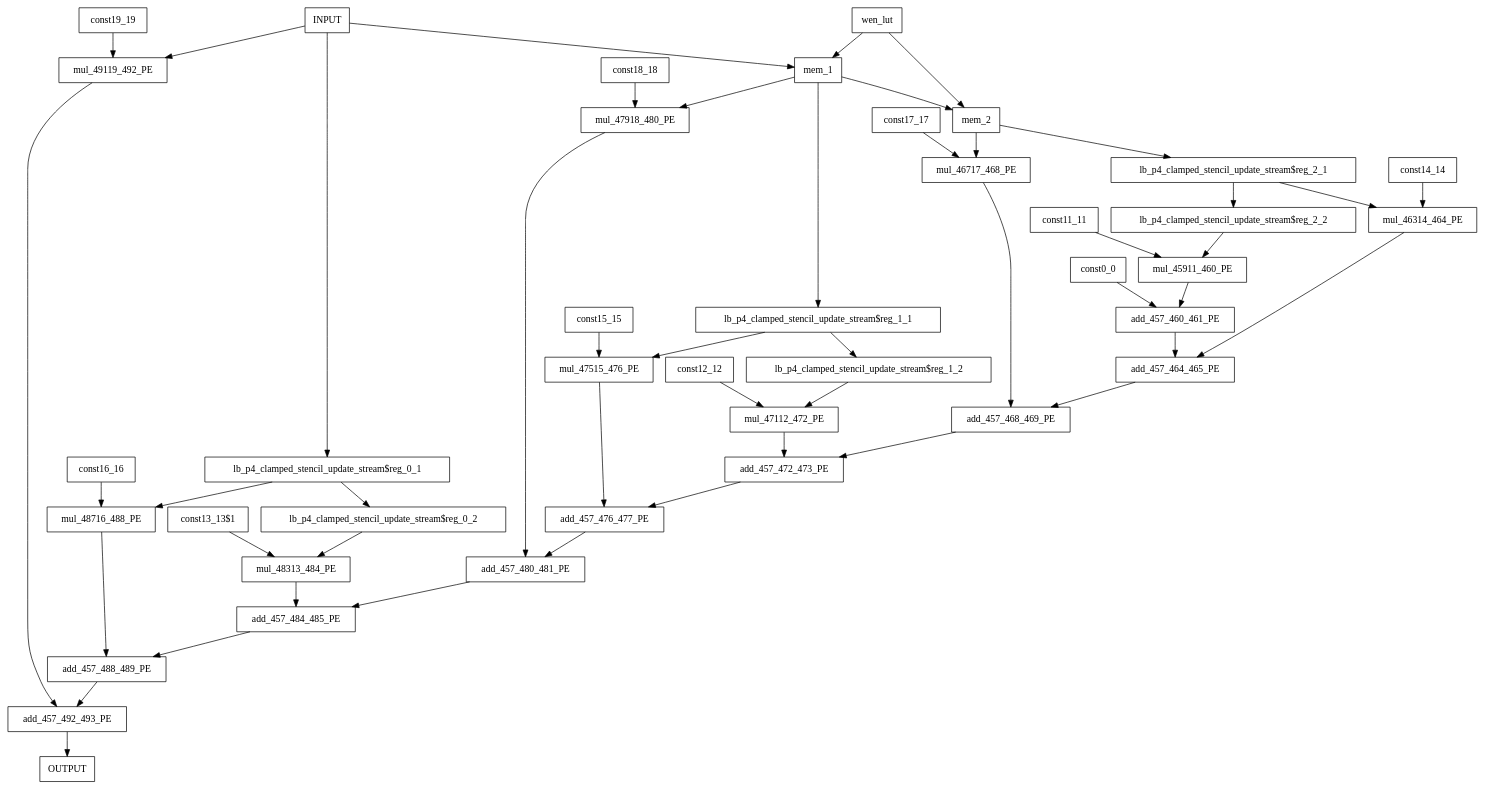
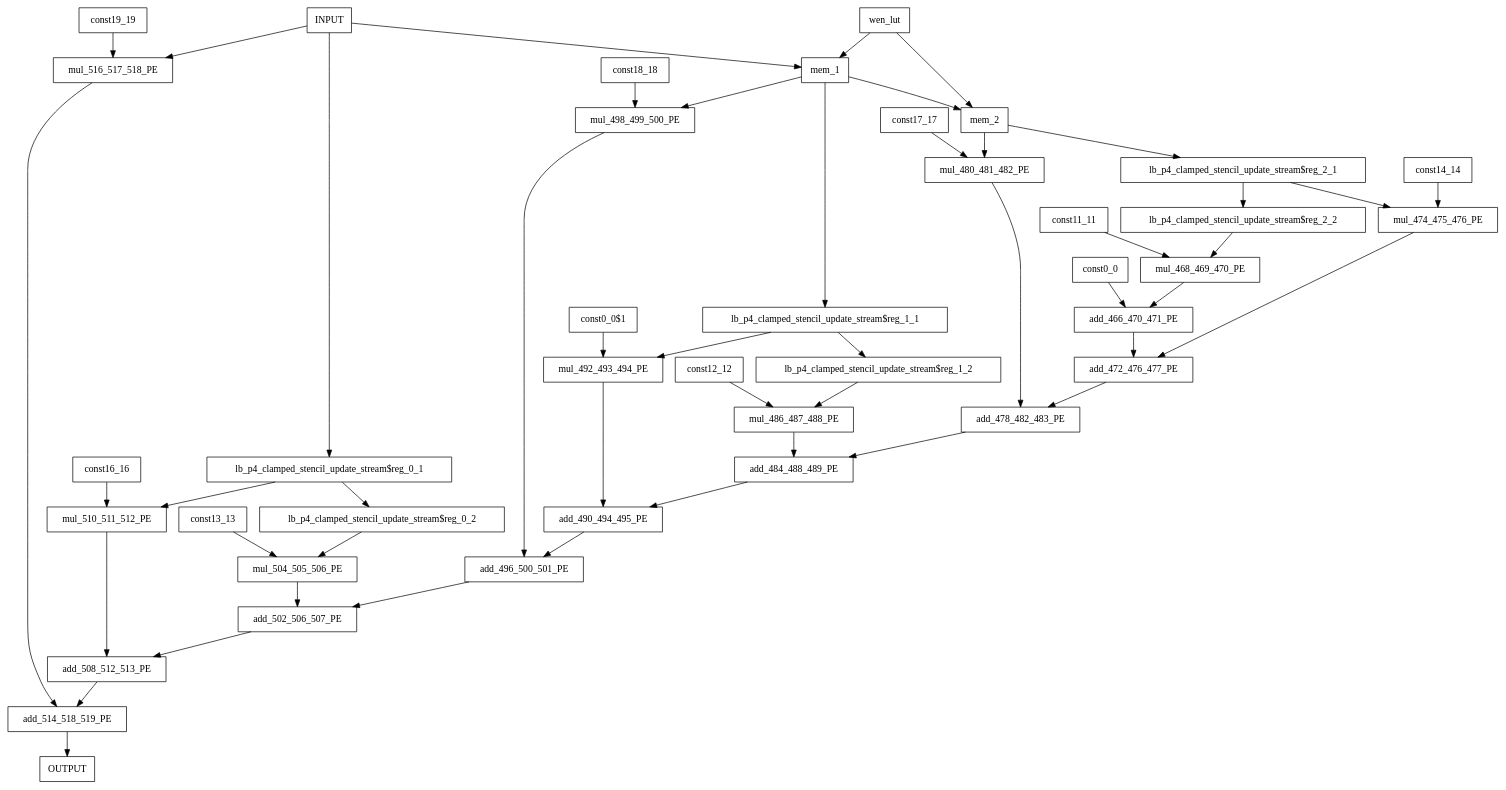
The diagram in bitstream/bsbuilder/testdir/examples/conv_bw_mapped.dot (makaimann/CGRAGenerator), drawn with Graphviz before and after one commit. The commit also changed 15 other files, not shown here.

```diff
--- a/bitstream/bsbuilder/testdir/examples/conv_bw_mapped.dot
+++ b/bitstream/bsbuilder/testdir/examples/conv_bw_mapped.dot
@@ -1,50 +1,50 @@
 digraph Diagram {
   node [shape=box]; # Comment
-    "const0_0" -> "add_457_460_461_PE";
-    "const11_11" -> "mul_45911_460_PE";
-    "const12_12" -> "mul_47112_472_PE";
-    "const13_13$1" -> "mul_48313_484_PE";
-    "const14_14" -> "mul_46314_464_PE";
-    "const15_15" -> "mul_47515_476_PE";
-    "const16_16" -> "mul_48716_488_PE";
-    "const17_17" -> "mul_46717_468_PE";
-    "const18_18" -> "mul_47918_480_PE";
-    "const19_19" -> "mul_49119_492_PE";
-    "add_457_492_493_PE" -> "OUTPUT";
+    "const0_0" -> "add_466_470_471_PE";
+    "const0_0$1" -> "mul_492_493_494_PE";
+    "const11_11" -> "mul_468_469_470_PE";
+    "const12_12" -> "mul_486_487_488_PE";
+    "const13_13" -> "mul_504_505_506_PE";
+    "const14_14" -> "mul_474_475_476_PE";
+    "const16_16" -> "mul_510_511_512_PE";
+    "const17_17" -> "mul_480_481_482_PE";
+    "const18_18" -> "mul_498_499_500_PE";
+    "const19_19" -> "mul_516_517_518_PE";
+    "add_514_518_519_PE" -> "OUTPUT";
     "INPUT" -> "mem_1"; # fifo_depth 64
     "INPUT" -> "lb_p4_clamped_stencil_update_stream$reg_0_1";
-    "INPUT" -> "mul_49119_492_PE";
+    "INPUT" -> "mul_516_517_518_PE";
     "mem_1" -> "mem_2"; # fifo_depth 64
     "mem_1" -> "lb_p4_clamped_stencil_update_stream$reg_1_1";
-    "mem_1" -> "mul_47918_480_PE";
+    "mem_1" -> "mul_498_499_500_PE";
     "wen_lut" -> "mem_1";
     "mem_2" -> "lb_p4_clamped_stencil_update_stream$reg_2_1";
-    "mem_2" -> "mul_46717_468_PE";
+    "mem_2" -> "mul_480_481_482_PE";
     "wen_lut" -> "mem_2";
     "lb_p4_clamped_stencil_update_stream$reg_0_1" -> "lb_p4_clamped_stencil_update_stream$reg_0_2";
-    "lb_p4_clamped_stencil_update_stream$reg_0_1" -> "mul_48716_488_PE";
-    "lb_p4_clamped_stencil_update_stream$reg_0_2" -> "mul_48313_484_PE";
+    "lb_p4_clamped_stencil_update_stream$reg_0_1" -> "mul_510_511_512_PE";
+    "lb_p4_clamped_stencil_update_stream$reg_0_2" -> "mul_504_505_506_PE";
     "lb_p4_clamped_stencil_update_stream$reg_1_1" -> "lb_p4_clamped_stencil_update_stream$reg_1_2";
-    "lb_p4_clamped_stencil_update_stream$reg_1_1" -> "mul_47515_476_PE";
-    "lb_p4_clamped_stencil_update_stream$reg_1_2" -> "mul_47112_472_PE";
+    "lb_p4_clamped_stencil_update_stream$reg_1_1" -> "mul_492_493_494_PE";
+    "lb_p4_clamped_stencil_update_stream$reg_1_2" -> "mul_486_487_488_PE";
     "lb_p4_clamped_stencil_update_stream$reg_2_1" -> "lb_p4_clamped_stencil_update_stream$reg_2_2";
-    "lb_p4_clamped_stencil_update_stream$reg_2_1" -> "mul_46314_464_PE";
-    "lb_p4_clamped_stencil_update_stream$reg_2_2" -> "mul_45911_460_PE";
-    "add_457_460_461_PE" -> "add_457_464_465_PE";
-    "add_457_464_465_PE" -> "add_457_468_469_PE";
-    "add_457_468_469_PE" -> "add_457_472_473_PE";
-    "add_457_472_473_PE" -> "add_457_476_477_PE";
-    "add_457_476_477_PE" -> "add_457_480_481_PE";
-    "add_457_480_481_PE" -> "add_457_484_485_PE";
-    "add_457_484_485_PE" -> "add_457_488_489_PE";
-    "add_457_488_489_PE" -> "add_457_492_493_PE";
-    "mul_45911_460_PE" -> "add_457_460_461_PE";
-    "mul_46314_464_PE" -> "add_457_464_465_PE";
-    "mul_46717_468_PE" -> "add_457_468_469_PE";
-    "mul_47112_472_PE" -> "add_457_472_473_PE";
-    "mul_47515_476_PE" -> "add_457_476_477_PE";
-    "mul_47918_480_PE" -> "add_457_480_481_PE";
-    "mul_48313_484_PE" -> "add_457_484_485_PE";
-    "mul_48716_488_PE" -> "add_457_488_489_PE";
-    "mul_49119_492_PE" -> "add_457_492_493_PE";
+    "lb_p4_clamped_stencil_update_stream$reg_2_1" -> "mul_474_475_476_PE";
+    "lb_p4_clamped_stencil_update_stream$reg_2_2" -> "mul_468_469_470_PE";
+    "add_466_470_471_PE" -> "add_472_476_477_PE";
+    "add_472_476_477_PE" -> "add_478_482_483_PE";
+    "add_478_482_483_PE" -> "add_484_488_489_PE";
+    "add_484_488_489_PE" -> "add_490_494_495_PE";
+    "add_490_494_495_PE" -> "add_496_500_501_PE";
+    "add_496_500_501_PE" -> "add_502_506_507_PE";
+    "add_502_506_507_PE" -> "add_508_512_513_PE";
+    "add_508_512_513_PE" -> "add_514_518_519_PE";
+    "mul_468_469_470_PE" -> "add_466_470_471_PE";
+    "mul_474_475_476_PE" -> "add_472_476_477_PE";
+    "mul_480_481_482_PE" -> "add_478_482_483_PE";
+    "mul_486_487_488_PE" -> "add_484_488_489_PE";
+    "mul_492_493_494_PE" -> "add_490_494_495_PE";
+    "mul_498_499_500_PE" -> "add_496_500_501_PE";
+    "mul_504_505_506_PE" -> "add_502_506_507_PE";
+    "mul_510_511_512_PE" -> "add_508_512_513_PE";
+    "mul_516_517_518_PE" -> "add_514_518_519_PE";
 }
```
